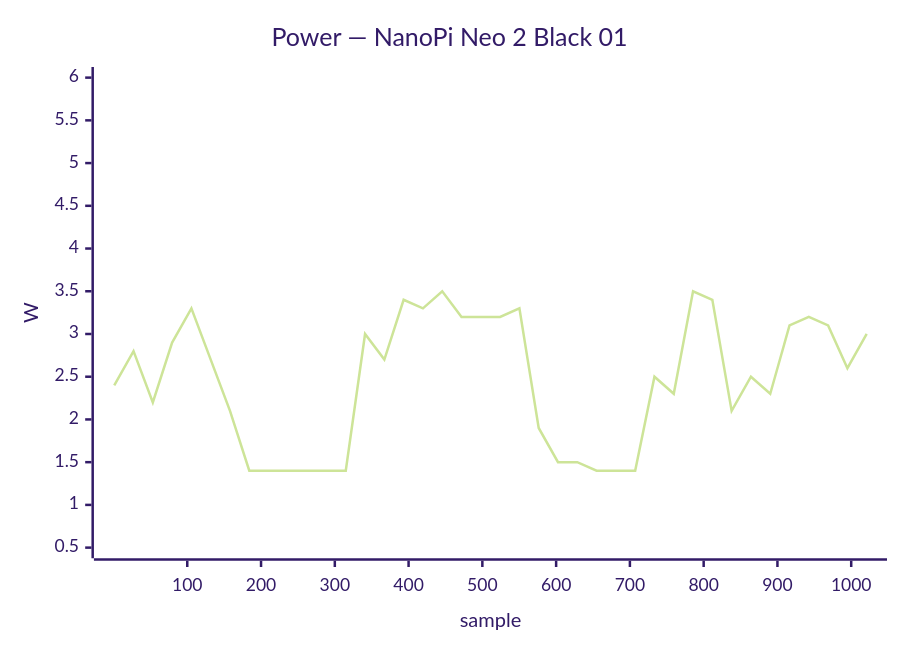
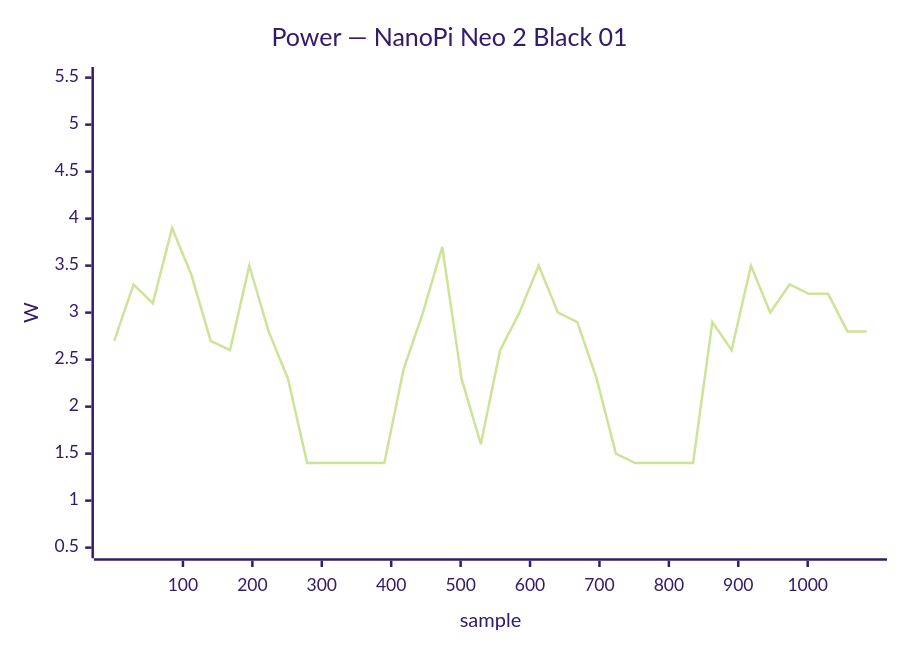
Diagram 20 of 48 in docs/status/board-tests.md (armbian/documentation), drawn with Mermaid (forest theme) before and after one commit. The commit also changed other lines of this file, not shown here.

````diff
--- a/docs/status/board-tests.md
+++ b/docs/status/board-tests.md
@@ -738,7 +960,7 @@
 ```mermaid
 xychart-beta
     title "Power — NanoPi Neo 2 Black 01"
-    x-axis "sample" 1 --> 1021
-    y-axis "W" 0.5 --> 6.0
-    line [2.4, 2.8, 2.2, 2.9, 3.3, 2.7, 2.1, 1.4, 1.4, 1.4, 1.4, 1.4, 1.4, 3.0, 2.7, 3.4, 3.3, 3.5, 3.2, 3.2, 3.2, 3.3, 1.9, 1.5, 1.5, 1.4, 1.4, 1.4, 2.5, 2.3, 3.5, 3.4, 2.1, 2.5, 2.3, 3.1, 3.2, 3.1, 2.6, 3.0]
+    x-axis "sample" 1 --> 1085
+    y-axis "W" 0.5 --> 5.5
+    line [2.7, 3.3, 3.1, 3.9, 3.4, 2.7, 2.6, 3.5, 2.8, 2.3, 1.4, 1.4, 1.4, 1.4, 1.4, 2.4, 3.0, 3.7, 2.3, 1.6, 2.6, 3.0, 3.5, 3.0, 2.9, 2.3, 1.5, 1.4, 1.4, 1.4, 1.4, 2.9, 2.6, 3.5, 3.0, 3.3, 3.2, 3.2, 2.8, 2.8]
 ```
````
